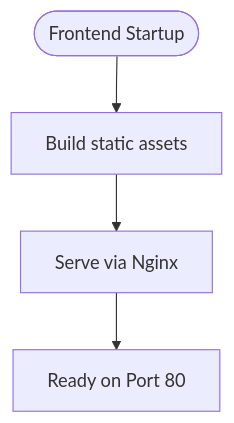
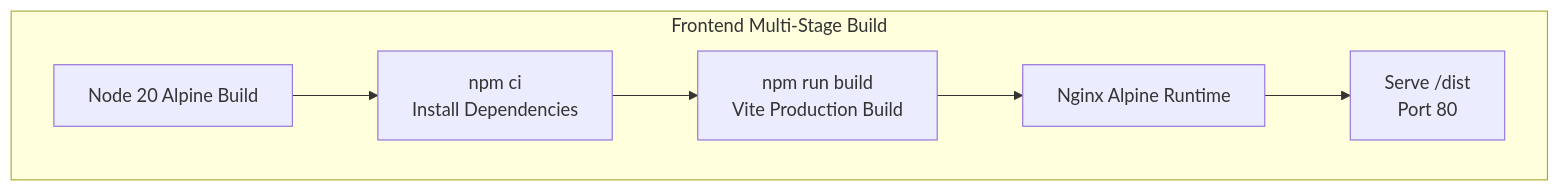
The second of 3 diagrams in .qoder/repowiki/en/content/Deployment and Operations.md (geekeraman/dissertation-checker), drawn with Mermaid before and after one commit. The commit also changed other lines of this file and 88 other files, not shown here.

````diff
--- a/.qoder/repowiki/en/content/Deployment and Operations.md
+++ b/.qoder/repowiki/en/content/Deployment and Operations.md
@@ -170,6 +95,9 @@
 ```mermaid
-flowchart TD
-Start(["Frontend Startup"]) --> Build["Build static assets"]
-Build --> Serve["Serve via Nginx"]
-Serve --> Ready["Ready on Port 80"]
+graph TB
+subgraph "Frontend Multi-Stage Build"
+NPMStage["Node 20 Alpine Build"] --> InstallDeps["npm ci<br/>Install Dependencies"]
+InstallDeps --> BuildApp["npm run build<br/>Vite Production Build"]
+BuildApp --> NginxStage["Nginx Alpine Runtime"]
+NginxStage --> StaticServe["Serve /dist<br/>Port 80"]
+end
 ```
````
